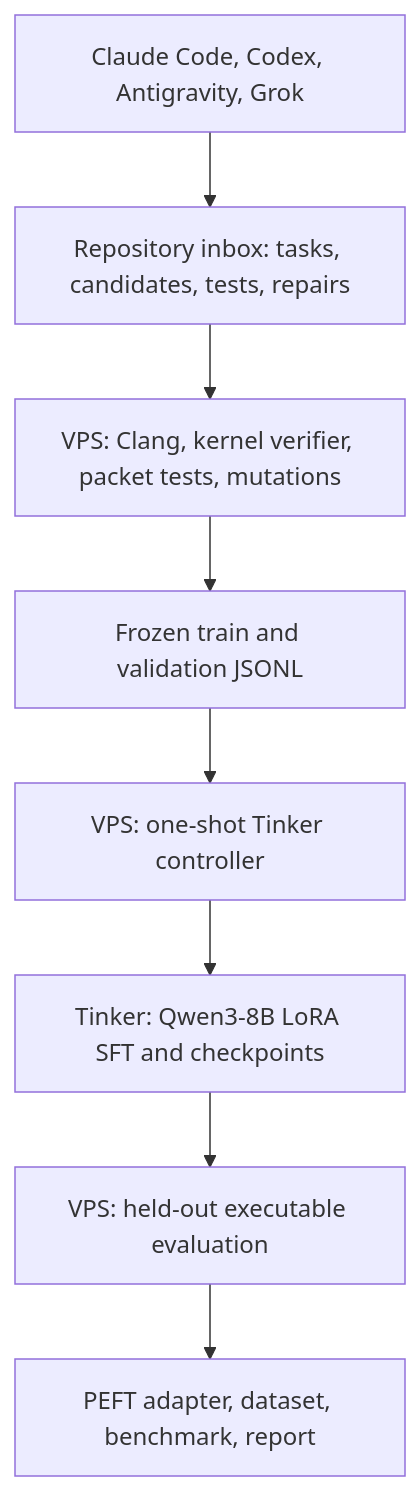
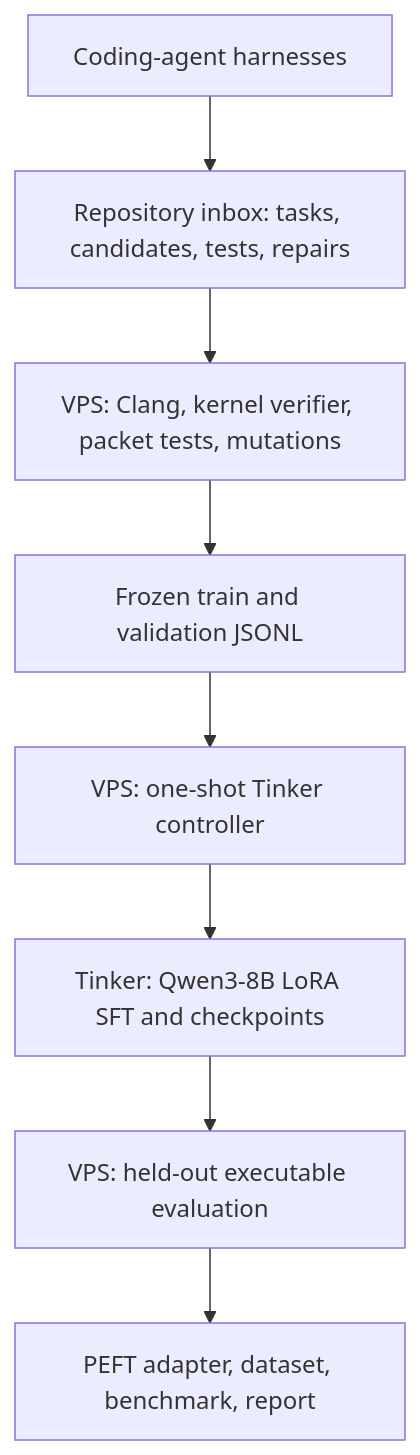
Before and after one commit to RavindraTarunokusumo/BPF-FT-Project: the diagram in BPF_Guardian_Tinker_Qwen3_8B_Project_Plan.md, drawn with Mermaid. The commit also changed other lines of this file and 136 other files, not shown here.

Commit message:
Remove specific harness/model names; move inbox/antigravity to inbox and rename tasks to xdp_b01_*

````diff
--- a/BPF_Guardian_Tinker_Qwen3_8B_Project_Plan.md
+++ b/BPF_Guardian_Tinker_Qwen3_8B_Project_Plan.md
@@ -82,10 +82,10 @@
 ```mermaid
 flowchart TD
-    A["Claude Code, Codex, Antigravity, Grok"] --> B["Repository inbox: tasks, candidates, tests, repairs"]
+    A["Coding-agent harnesses"] --> B["Repository inbox: tasks, candidates, tests, repairs"]
     B --> C["VPS: Clang, kernel verifier, packet tests, mutations"]
     C --> D["Frozen train and validation JSONL"]
     D --> E["VPS: one-shot Tinker controller"]
     E --> F["Tinker: Qwen3-8B LoRA SFT and checkpoints"]
     F --> G["VPS: held-out executable evaluation"]
     G --> H["PEFT adapter, dataset, benchmark, report"]
 ```
````
